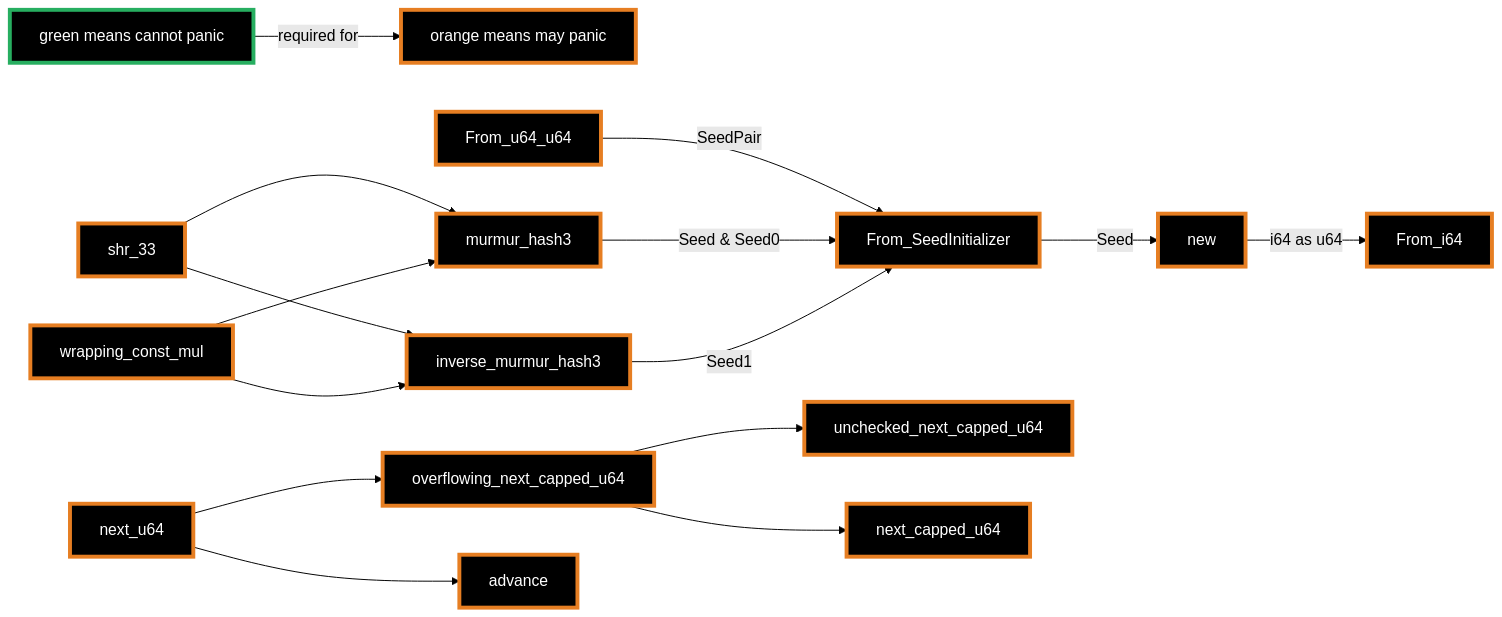
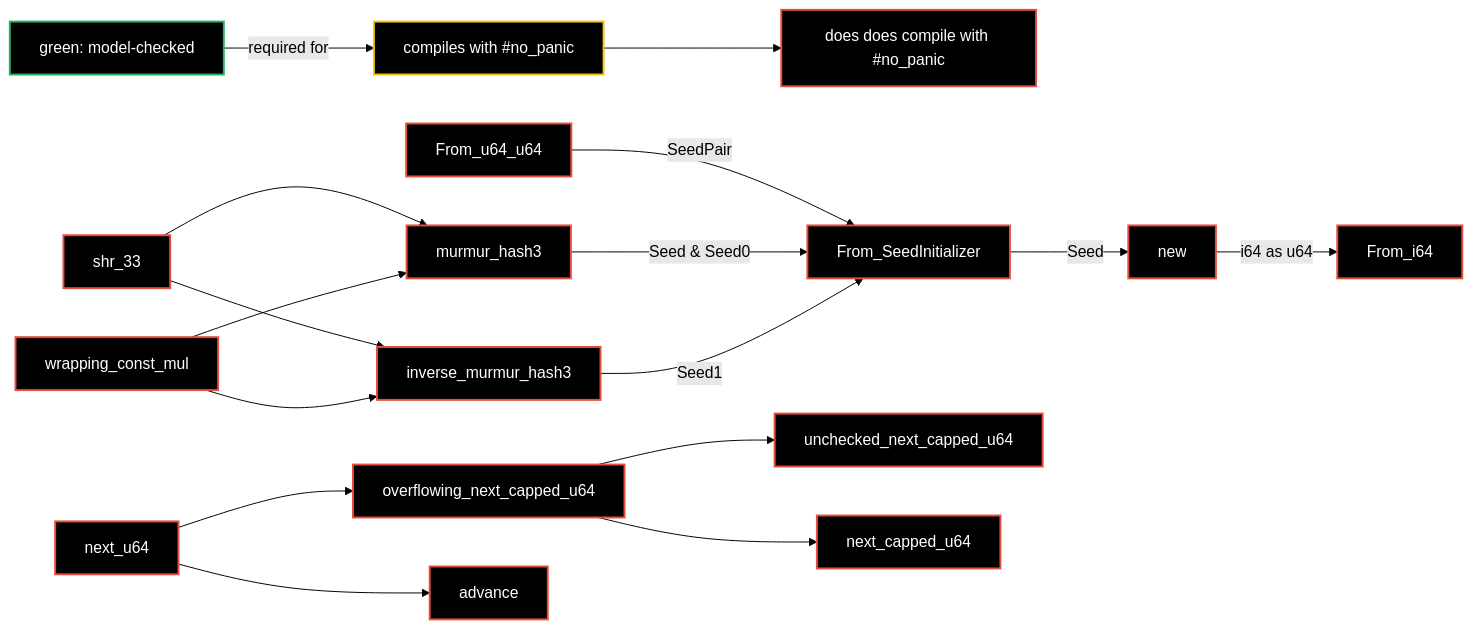
Before and after one commit to ariasanovsky/libgdx-xs128: the diagram in README.md, drawn with Mermaid (forest theme).

Commit message:
added intermediate phase

````diff
--- a/README.md
+++ b/README.md
@@ -19,44 +19,49 @@
 ```mermaid
 graph LR;
     
-classDef Complete fill:#000, stroke:#27ae60, stroke-width:4px, color:#fff;
-classDef Incomplete fill:#000, stroke:#e67e22, stroke-width:4px, color:#fff;
+    classDef Complete stroke:#27ae60, fill:#000, color:#fff, stroke-width:2px;
+    classDef NoPanic stroke:#f1c40f, fill:#000, color:#fff, stroke-width:2px;
+    classDef Panics stroke:#e74c3c, fill:#000, color:#fff, stroke-width:2px;
 
-
-    Green[green means cannot panic]:::Complete --required for--> Orange[orange means may panic]:::Incomplete;
+    Green[green: model-checked]:::Complete
+    --required for-->
+    Orange[compiles with #no_panic]:::NoPanic
+    -->
+    Red[does does compile with #no_panic]:::Panics
+    ;
     
-    From_u64_u64:::Incomplete;
-    new:::Incomplete;
-    From_SeedInitializer:::Incomplete;
-    murmur_hash3:::Incomplete;
-    inverse_murmur_hash3:::Incomplete;
-    shr_33:::Incomplete;
-    wrapping_const_mul:::Incomplete;
-    From_i64:::Incomplete;
+    From_u64_u64:::Panics;
+    new:::Panics;
+    From_SeedInitializer:::Panics;
+    murmur_hash3:::Panics;
+    inverse_murmur_hash3:::Panics;
+    shr_33:::Panics;
+    wrapping_const_mul:::Panics;
+    From_i64:::Panics;
 
     new --i64 as u64--> From_i64;
     From_SeedInitializer --Seed--> new;
 
     From_u64_u64 --SeedPair--> From_SeedInitializer;
     
     murmur_hash3 --Seed & Seed0--> From_SeedInitializer;
     inverse_murmur_hash3 --Seed1--> From_SeedInitializer;
 
 
     shr_33 --> murmur_hash3;
     shr_33 --> inverse_murmur_hash3;
     
     wrapping_const_mul --> murmur_hash3;
     wrapping_const_mul --> inverse_murmur_hash3;
 
-    next_u64:::Incomplete;
-    overflowing_next_capped_u64:::Incomplete;
-    advance:::Incomplete;
-    unchecked_next_capped_u64:::Incomplete;
-    next_capped_u64:::Incomplete;
+    next_u64:::Panics;
+    overflowing_next_capped_u64:::Panics;
+    advance:::Panics;
+    unchecked_next_capped_u64:::Panics;
+    next_capped_u64:::Panics;
 
     next_u64 --> overflowing_next_capped_u64;
     next_u64 --> advance;
     overflowing_next_capped_u64 --> unchecked_next_capped_u64;
     overflowing_next_capped_u64 --> next_capped_u64;
 ```
````
